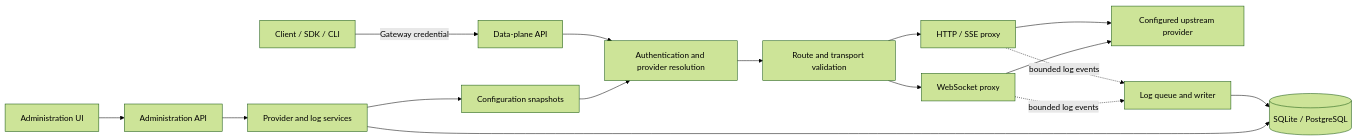
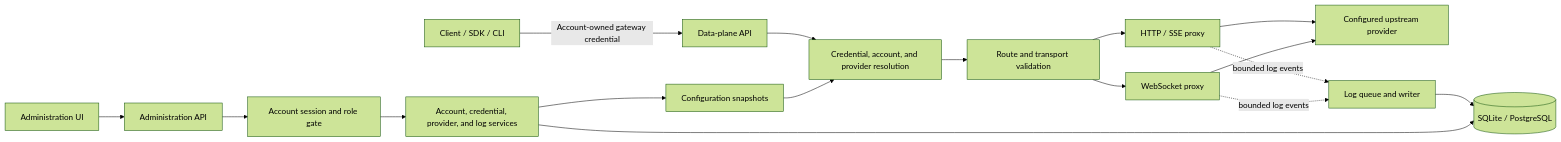
Before and after one commit to sequencestream/tokenstream: the diagram in doc/architecture.md, drawn with Mermaid (forest theme). The commit also changed other lines of this file and 64 other files, not shown here.

````diff
--- a/doc/architecture.md
+++ b/doc/architecture.md
@@ -67,18 +72,19 @@
 ```mermaid
 flowchart LR
-    C[Client / SDK / CLI] -->|Gateway credential| DP[Data-plane API]
-    DP --> A[Authentication and provider resolution]
+    C[Client / SDK / CLI] -->|Account-owned gateway credential| DP[Data-plane API]
+    DP --> A[Credential, account, and provider resolution]
     A --> R[Route and transport validation]
     R --> H[HTTP / SSE proxy]
     R --> W[WebSocket proxy]
     H --> U[Configured upstream provider]
     W --> U
     H -. bounded log events .-> L[Log queue and writer]
     W -. bounded log events .-> L
     L --> DB[(SQLite / PostgreSQL)]
     UI[Administration UI] --> AP[Administration API]
-    AP --> S[Provider and log services]
+    AP --> AZ[Account session and role gate]
+    AZ --> S[Account, credential, provider, and log services]
     S --> DB
     S --> CS[Configuration snapshots]
     CS --> A
 ```
````
